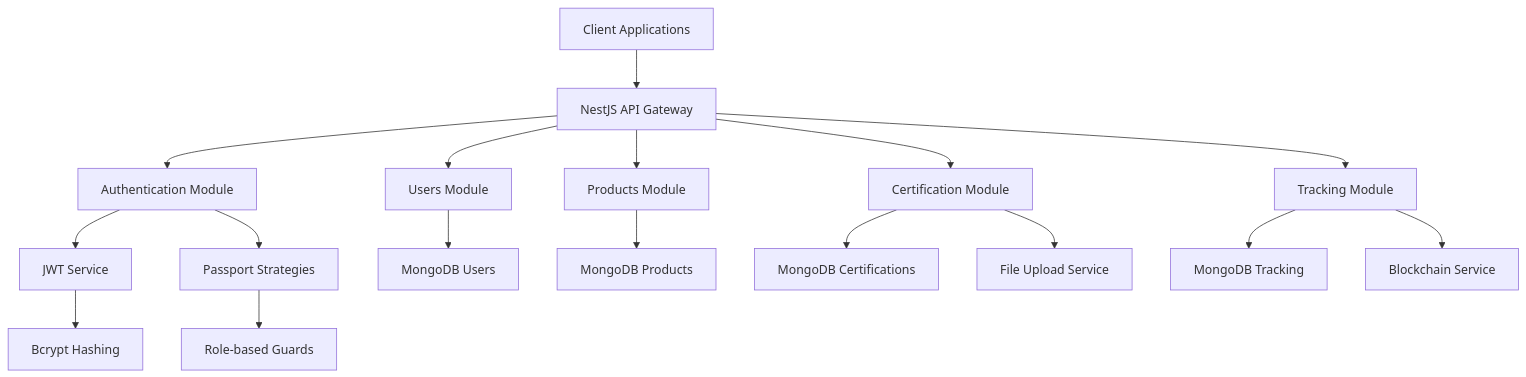
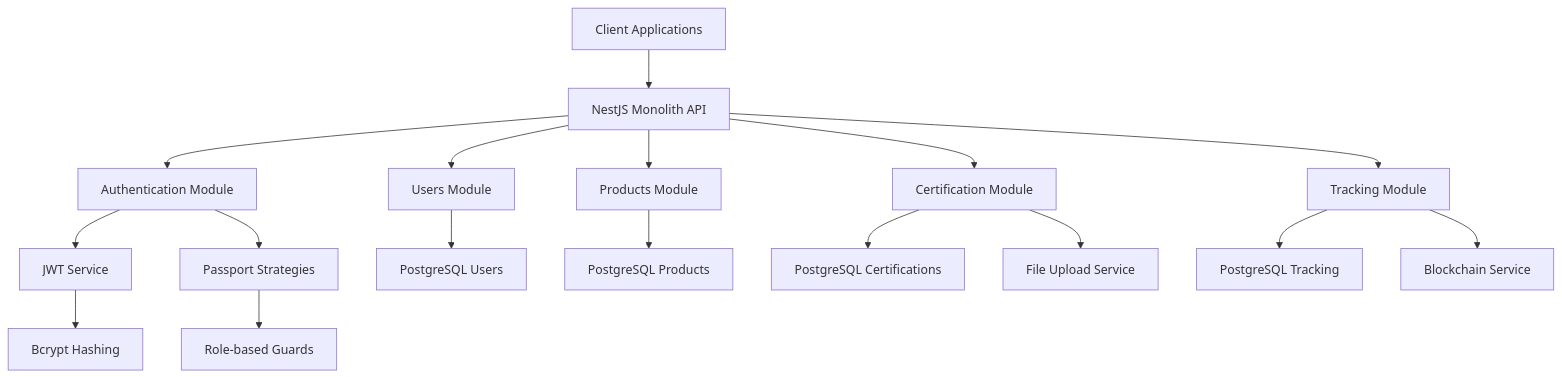
Before and after one commit to kk666679/Halal-Logistics: the diagram in backend/README.md, drawn with Mermaid. The commit also changed other lines of this file and 267 other files, not shown here.

````diff
--- a/backend/README.md
+++ b/backend/README.md
@@ -7,23 +7,23 @@
 ```mermaid
 graph TB
-    A[Client Applications] --> B[NestJS API Gateway]
+    A[Client Applications] --> B[NestJS Monolith API]
     B --> C[Authentication Module]
     B --> D[Users Module]
     B --> E[Products Module]
     B --> F[Certification Module]
     B --> G[Tracking Module]
 
     C --> H[JWT Service]
     C --> I[Passport Strategies]
 
-    E --> J[MongoDB Products]
-    F --> K[MongoDB Certifications]
-    G --> L[MongoDB Tracking]
-    D --> M[MongoDB Users]
+    E --> J[PostgreSQL Products]
+    F --> K[PostgreSQL Certifications]
+    G --> L[PostgreSQL Tracking]
+    D --> M[PostgreSQL Users]
 
     G --> N[Blockchain Service]
     F --> O[File Upload Service]
 
     H --> P[Bcrypt Hashing]
     I --> Q[Role-based Guards]
 ```
````
